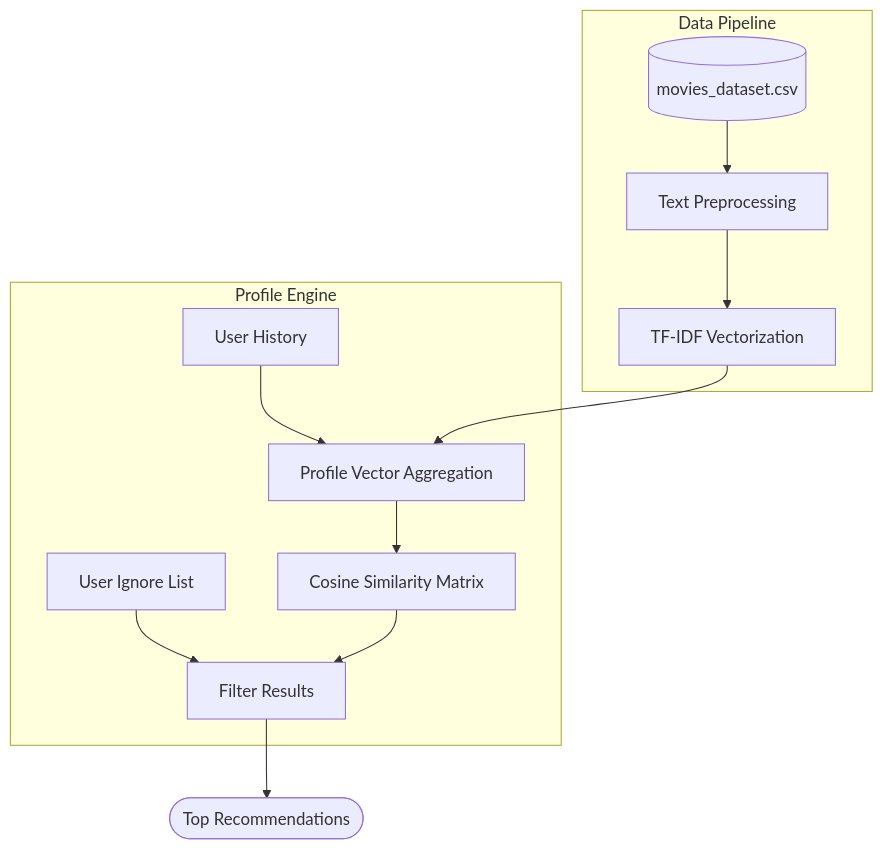
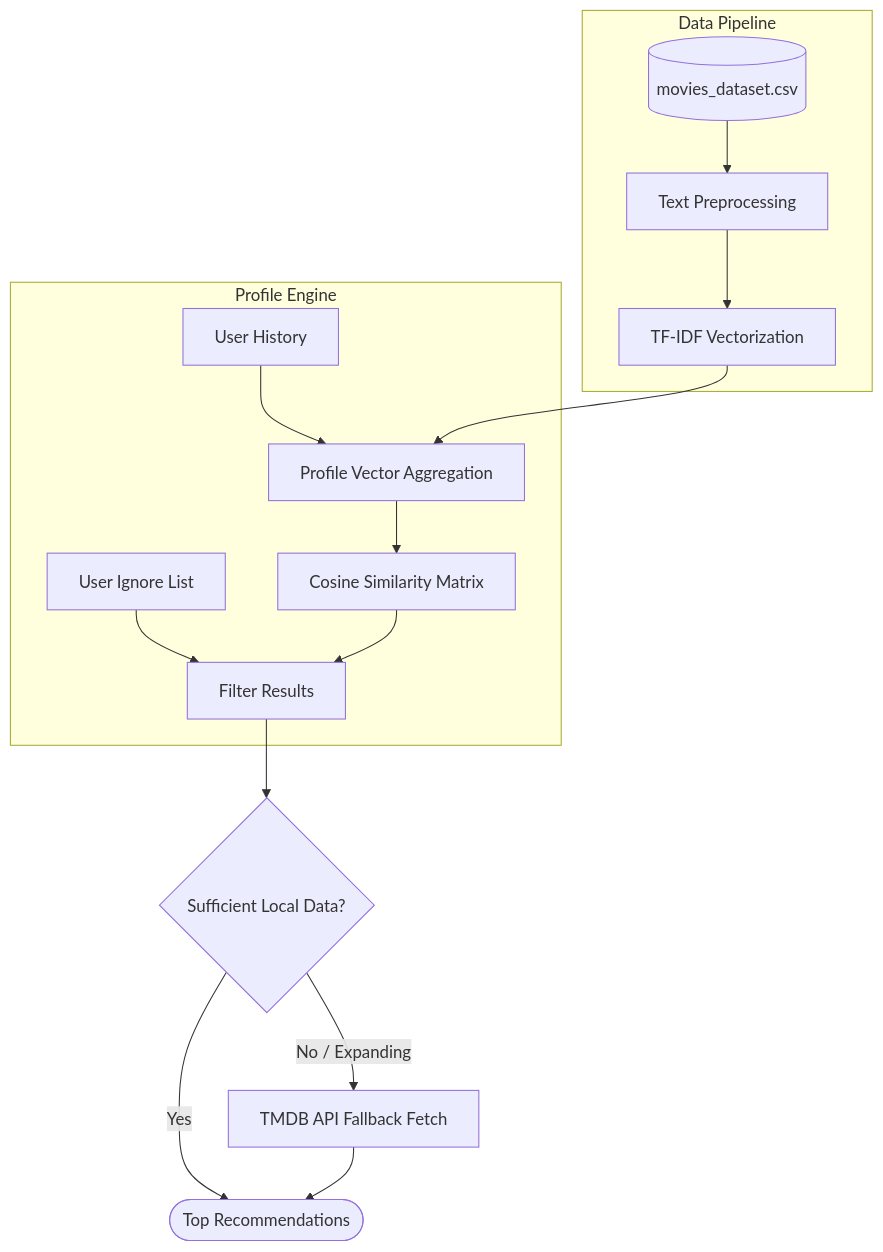
The second of 3 diagrams in README.md (Chris-Beeee/ML_sandbox), drawn with Mermaid before and after one commit. The commit also changed other lines of this file, not shown here.

Commit message:
Address feedback on architecture diagrams

````diff
--- a/README.md
+++ b/README.md
@@ -19,17 +37,20 @@
 ```mermaid
 graph TD
     subgraph Data Pipeline
         A[(movies_dataset.csv)] --> B[Text Preprocessing]
         B --> C[TF-IDF Vectorization]
     end
 
     subgraph Profile Engine
         D[User History] --> E[Profile Vector Aggregation]
         C --> E
         E --> F[Cosine Similarity Matrix]
         G[User Ignore List] --> H[Filter Results]
         F --> H
     end
 
-    H --> I([Top Recommendations])
+    H --> I{Sufficient Local Data?}
+    I -->|Yes| J([Top Recommendations])
+    I -->|No / Expanding| K[TMDB API Fallback Fetch]
+    K --> J
 ```
````
